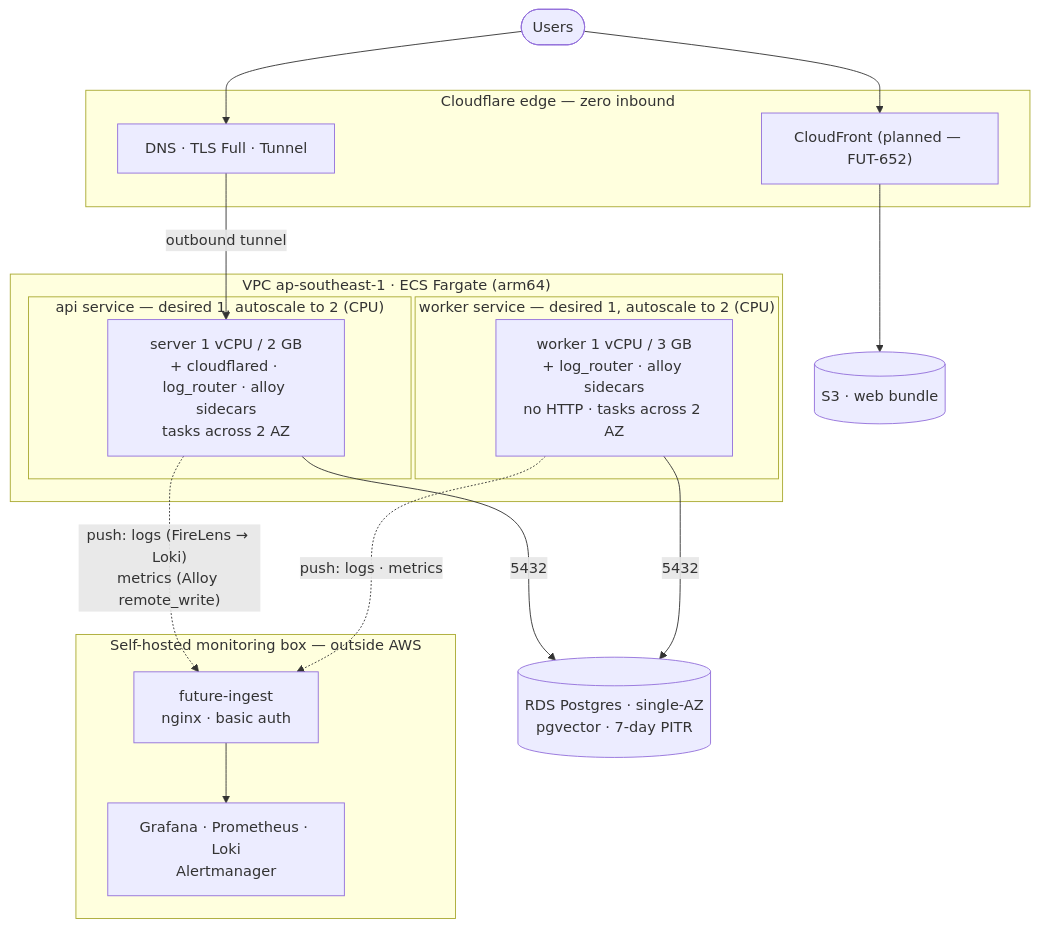
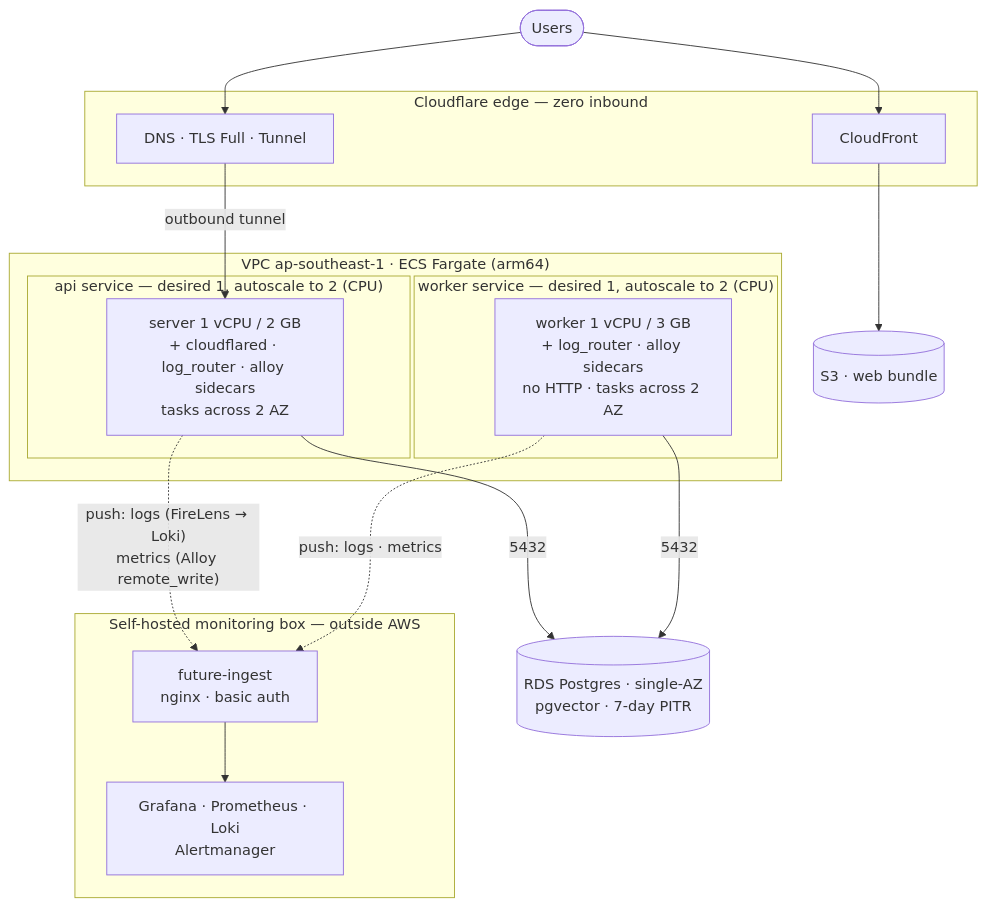
Before and after one commit to Seta-International/agent-platform: the diagram in docs/hosting/aws.md, drawn with Mermaid. The commit also changed other lines of this file and 4 other files, not shown here.

Commit message:
chore(infra): FUT-620 add web static hosting - S3 web bucket + CloudFront (OAC, SPA fallback)

````diff
--- a/docs/hosting/aws.md
+++ b/docs/hosting/aws.md
@@ -11,35 +11,35 @@
 ```mermaid
 flowchart TB
     users([Users])
 
     subgraph edge["Cloudflare edge — zero inbound"]
         cf["DNS · TLS Full · Tunnel"]
-        cfront["CloudFront (planned — FUT-652)"]
+        cfront["CloudFront"]
     end
     s3web[("S3 · web bundle")]
 
     subgraph vpc["VPC ap-southeast-1 · ECS Fargate (arm64)"]
         subgraph apisvc["api service — desired 1, autoscale to 2 (CPU)"]
             api["server 1 vCPU / 2 GB<br/>+ cloudflared · log_router · alloy sidecars<br/>tasks across 2 AZ"]
         end
         subgraph wsvc["worker service — desired 1, autoscale to 2 (CPU)"]
             wrk["worker 1 vCPU / 3 GB<br/>+ log_router · alloy sidecars<br/>no HTTP · tasks across 2 AZ"]
         end
     end
 
     rds[("RDS Postgres · single-AZ<br/>pgvector · 7-day PITR")]
 
     subgraph mon["Self-hosted monitoring box — outside AWS"]
         ingest["future-ingest<br/>nginx · basic auth"]
         stack["Grafana · Prometheus · Loki<br/>Alertmanager"]
     end
 
     users --> cf
     users --> cfront --> s3web
     cf -->|outbound tunnel| api
     api -->|5432| rds
     wrk -->|5432| rds
     api -.->|"push: logs (FireLens → Loki)<br/>metrics (Alloy remote_write)"| ingest
     wrk -.->|"push: logs · metrics"| ingest
     ingest --> stack
 ```
````
